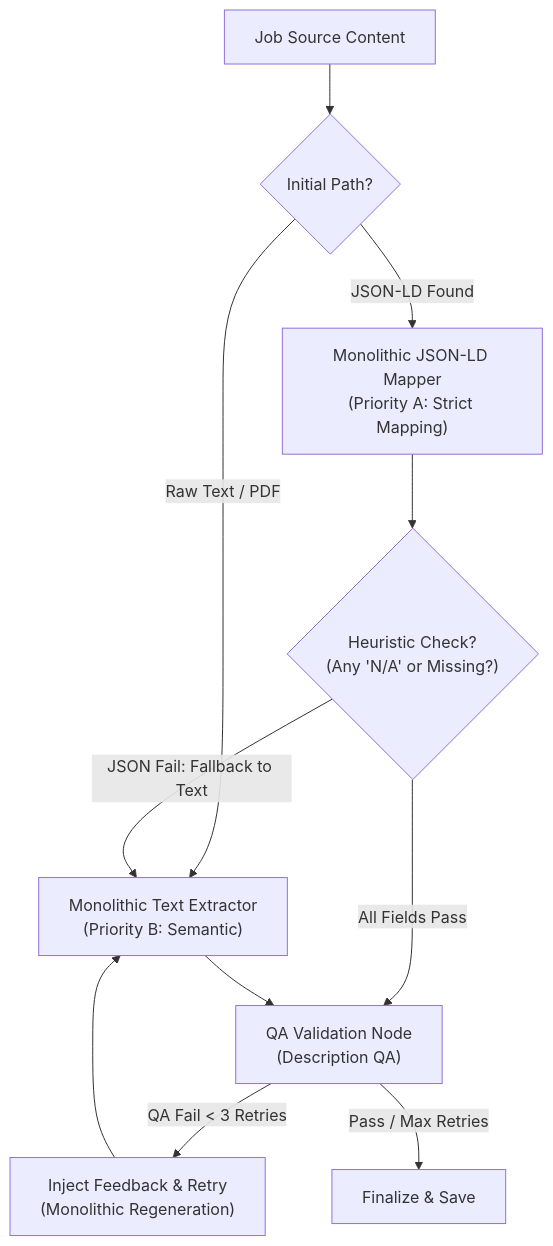
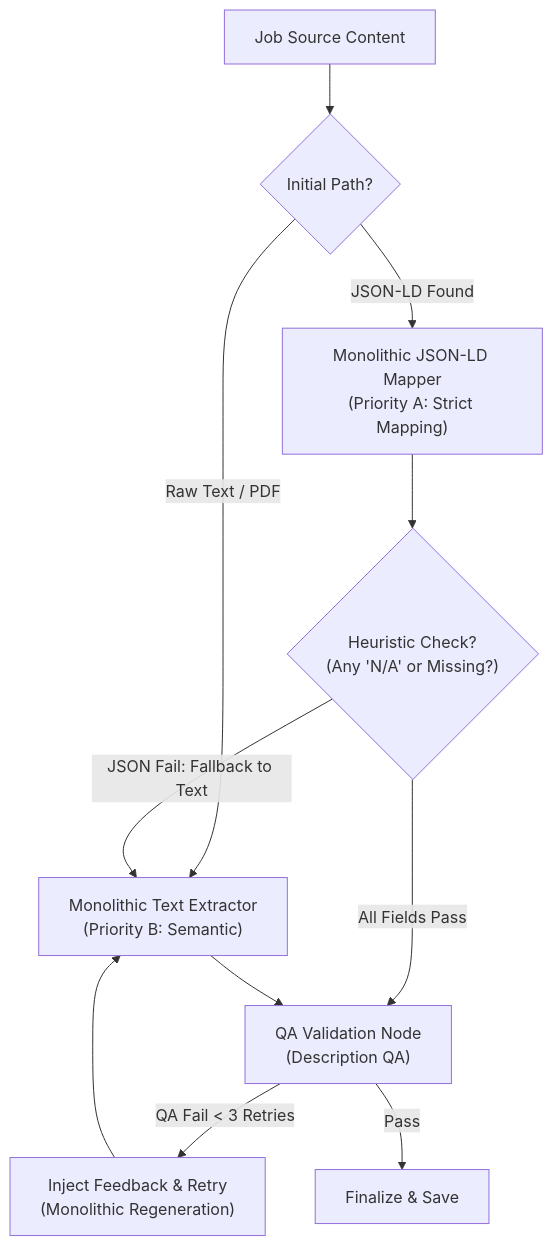
The first of 3 diagrams in backend/README.md (yicheinchang/lard), drawn with Mermaid before and after one commit. The commit also changed other lines of this file, not shown here.

Commit message:
docs(ai): refine single-agent diagram to avoid line crossings

````diff
--- a/backend/README.md
+++ b/backend/README.md
@@ -64,19 +63,19 @@
 ```mermaid
 graph TD
     Source["Job Source Content"] --> Mode{"Initial Path?"}
     
-    Mode -- "JSON-LD Found" --> Mapper["Monolithic JSON-LD Mapper<br/>(Priority A: Strict Mapping)"]
     Mode -- "Raw Text / PDF" --> Extractor["Monolithic Text Extractor<br/>(Priority B: Semantic)"]
     
+    Mode -- "JSON-LD Found" --> Mapper["Monolithic JSON-LD Mapper<br/>(Priority A: Strict Mapping)"]
     Mapper --> Heuristic{"Heuristic Check?<br/>(Any 'N/A' or Missing?)"}
     
     Heuristic -- "JSON Fail: Fallback to Text" --> Extractor
     Heuristic -- "All Fields Pass" --> QA["QA Validation Node<br/>(Description QA)"]
     
     Extractor --> QA
     
     QA -- "QA Fail < 3 Retries" --> Retry["Inject Feedback & Retry<br/>(Monolithic Regeneration)"]
     Retry --> Extractor
     
-    QA -- "Pass / Max Retries" --> Final["Finalize & Save"]
+    QA -- "Pass" --> Final["Finalize & Save"]
 ```
````
